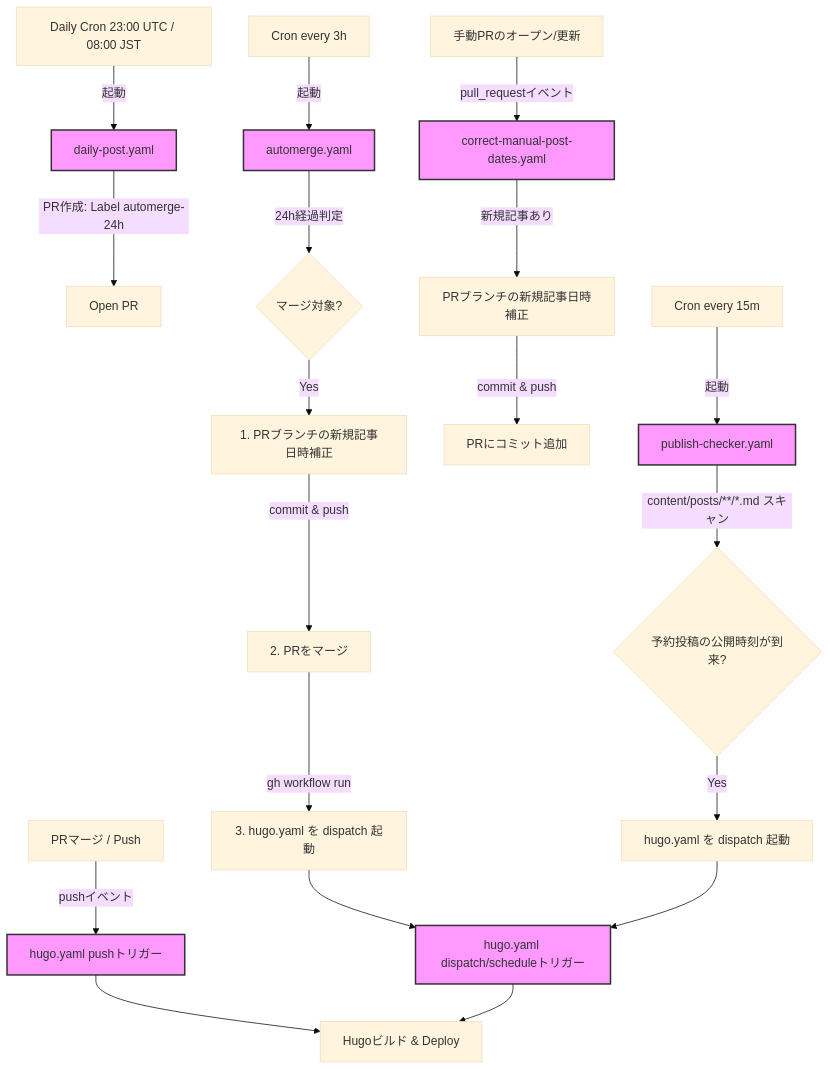
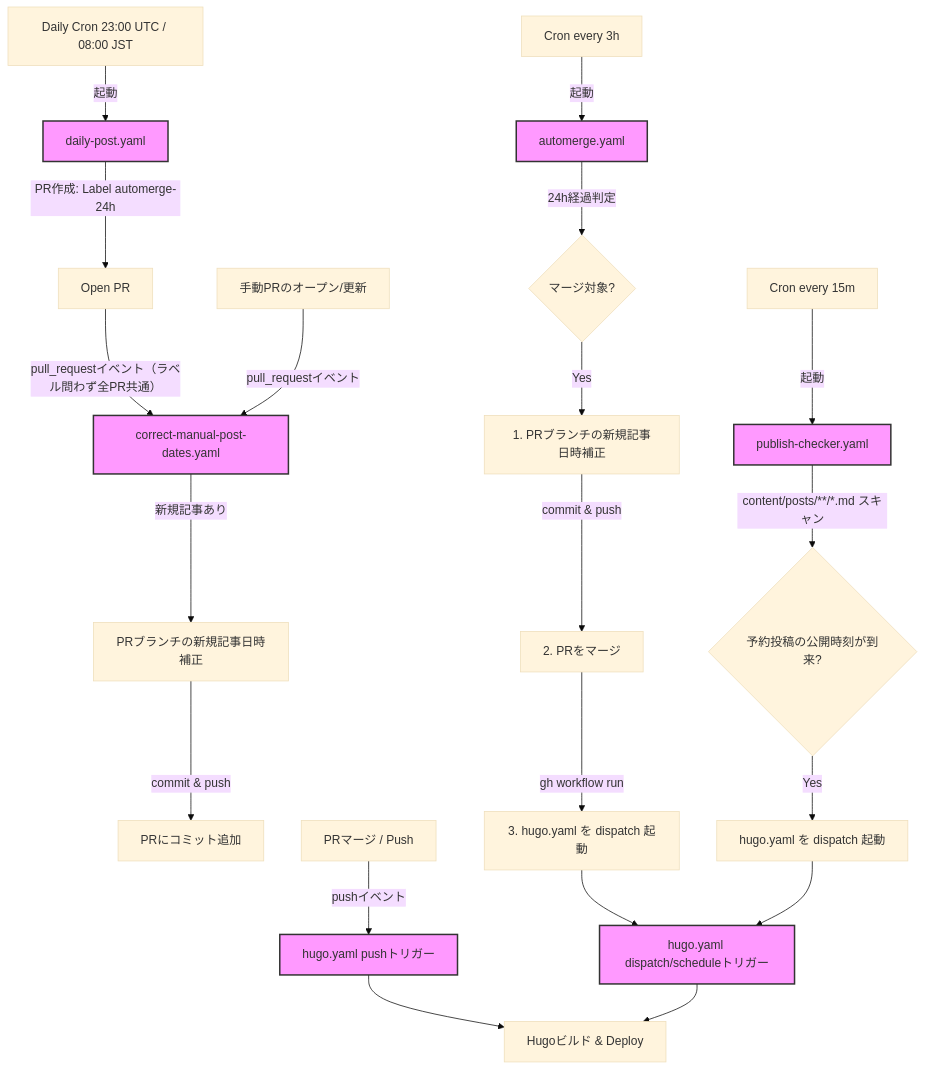
The diagram in .github/workflows/README.md (kuchida1981/kuchida1981.github.io), drawn with Mermaid (base theme) before and after one commit. The commit also changed other lines of this file and 2 other files, not shown here.

First line of the commit message:
fix: correct dates for AI posts merged manually before the 24h window

````diff
--- a/.github/workflows/README.md
+++ b/.github/workflows/README.md
@@ -19,32 +19,33 @@
 ```mermaid
 graph TD
     %% トリガーとワークフロー
     DailyCron[Daily Cron 23:00 UTC / 08:00 JST] -->|起動| DailyPost[daily-post.yaml]
     DailyPost -->|PR作成: Label automerge-24h| PR[Open PR]
+    PR -->|pull_requestイベント（ラベル問わず全PR共通）| CorrectManual[correct-manual-post-dates.yaml]
+    CorrectManual -->|新規記事あり| CorrectDateManualPR[PRブランチの新規記事日時補正]
+    CorrectDateManualPR -->|commit & push| PRManual[PRにコミット追加]
 
     MergeCron[Cron every 3h] -->|起動| AutoMerge[automerge.yaml]
     AutoMerge -->|24h経過判定| IsEligible{マージ対象?}
     IsEligible -->|Yes| CorrectDatePR[1. PRブランチの新規記事日時補正]
     CorrectDatePR -->|commit & push| MergePR[2. PRをマージ]
     MergePR -->|gh workflow run| TriggerHugo[3. hugo.yaml を dispatch 起動]
 
-    ManualPR[手動PRのオープン/更新] -->|pull_requestイベント| CorrectManual[correct-manual-post-dates.yaml]
-    CorrectManual -->|新規記事あり| CorrectDateManualPR[PRブランチの新規記事日時補正]
-    CorrectDateManualPR -->|commit & push| PRManual[PRにコミット追加]
+    ManualPR[手動PRのオープン/更新] -->|pull_requestイベント| CorrectManual
 
     ManualMerge[PRマージ / Push] -->|pushイベント| HugoPush[hugo.yaml pushトリガー]
     HugoPush --> HugoBuild[Hugoビルド & Deploy]
 
     CheckerCron[Cron every 15m] -->|起動| PublishChecker[publish-checker.yaml]
     PublishChecker -->|content/posts/**/*.md スキャン| HasScheduled{予約投稿の公開時刻が到来?}
     HasScheduled -->|Yes| TriggerHugo2[hugo.yaml を dispatch 起動]
 
     %% Hugo起動
     TriggerHugo --> HugoDispatch[hugo.yaml dispatch/scheduleトリガー]
     TriggerHugo2 --> HugoDispatch
     HugoDispatch --> HugoBuild
 
     %% スタイル
     classDef workflow fill:#f9f,stroke:#333,stroke-width:2px;
     class DailyPost,AutoMerge,HugoPush,PublishChecker,HugoDispatch,CorrectManual workflow;
 ```
````
